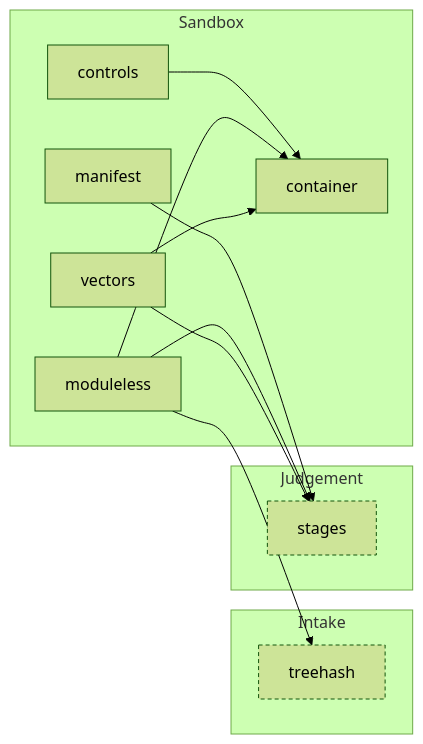
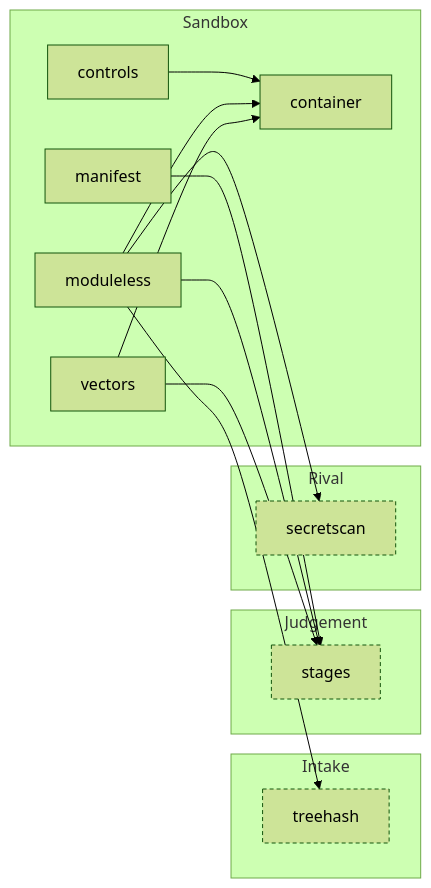
Before and after one commit to Okan-wqm/snowball-mcp: the fifth of 8 diagrams in docs/harita.md, drawn with Mermaid (forest theme). The commit also changed other lines of this file and 8 other files, not shown here.

````diff
--- a/docs/harita.md
+++ b/docs/harita.md
@@ -201,24 +202,28 @@
 ```mermaid
 flowchart LR
   subgraph a_Sandbox["Sandbox"]
     m_container["container"]
     m_controls["controls"]
     m_manifest["manifest"]
     m_moduleless["moduleless"]
     m_vectors["vectors"]
   end
   subgraph a_Intake["Intake"]
     m_treehash["treehash"]:::outside
   end
   subgraph a_Judgement["Judgement"]
     m_stages["stages"]:::outside
   end
+  subgraph a_Rival["Rival"]
+    m_secretscan["secretscan"]:::outside
+  end
   m_controls --> m_container
   m_manifest --> m_stages
   m_moduleless --> m_container
+  m_moduleless --> m_secretscan
   m_moduleless --> m_stages
   m_moduleless --> m_treehash
   m_vectors --> m_container
   m_vectors --> m_stages
   classDef outside stroke-dasharray: 4 3
 ```
````
